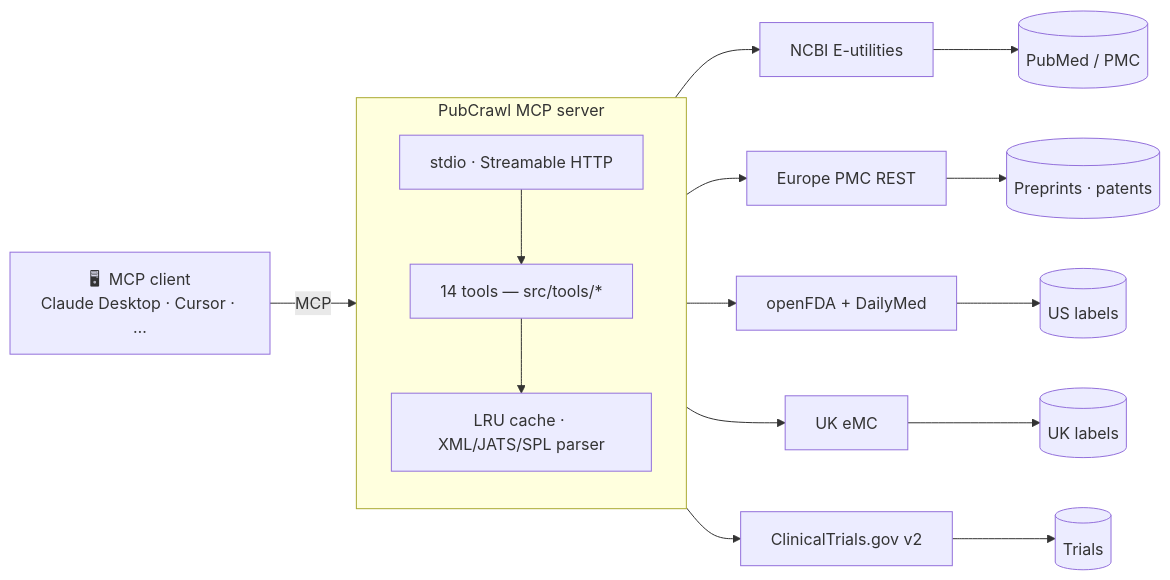
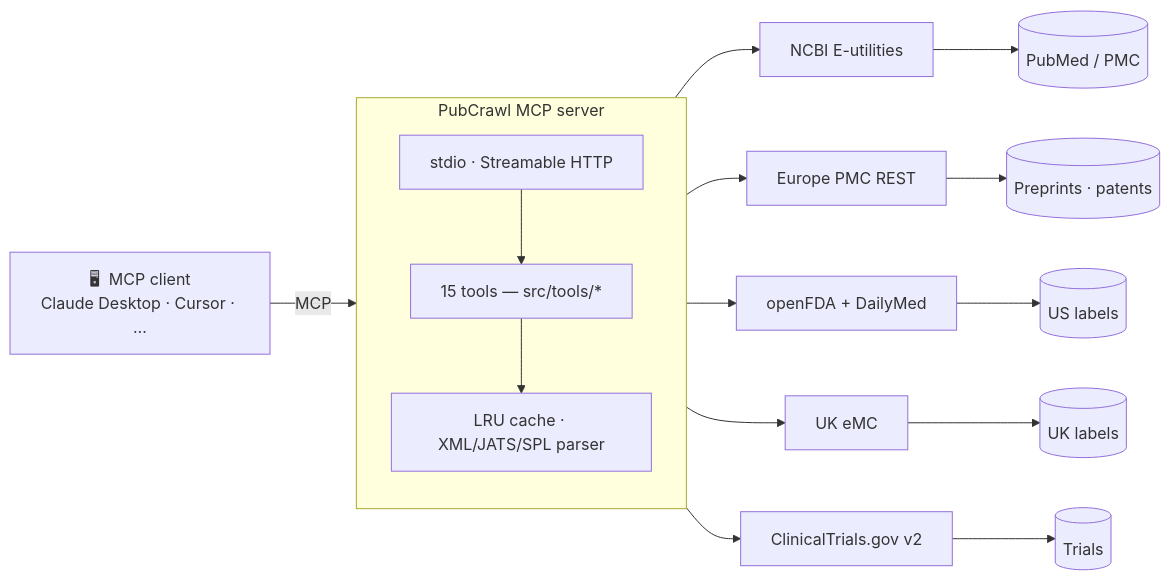
The diagram in README.md (nickjlamb/pubcrawl), drawn with Mermaid before and after one commit. The commit also changed other lines of this file and 9 other files, not shown here.

````diff
--- a/README.md
+++ b/README.md
@@ -136,26 +138,26 @@
 ```mermaid
 flowchart LR
     Client["🖥  MCP client<br/>Claude Desktop · Cursor · …"]
 
     subgraph Server["PubCrawl MCP server"]
         direction TB
         Transport["stdio · Streamable HTTP"]
-        Tools["14 tools — src/tools/*"]
+        Tools["15 tools — src/tools/*"]
         Shared["LRU cache · XML/JATS/SPL parser"]
         Transport --> Tools --> Shared
     end
 
     Client -->|MCP| Transport
 
     Tools --> NCBI["NCBI E-utilities"]
     Tools --> EPMC["Europe PMC REST"]
     Tools --> FDA["openFDA + DailyMed"]
     Tools --> EMC["UK eMC"]
     Tools --> CT["ClinicalTrials.gov v2"]
 
     NCBI --> S1[("PubMed / PMC")]
     EPMC --> S2[("Preprints · patents")]
     FDA --> S3[("US labels")]
     EMC --> S4[("UK labels")]
     CT --> S5[("Trials")]
 ```
````
